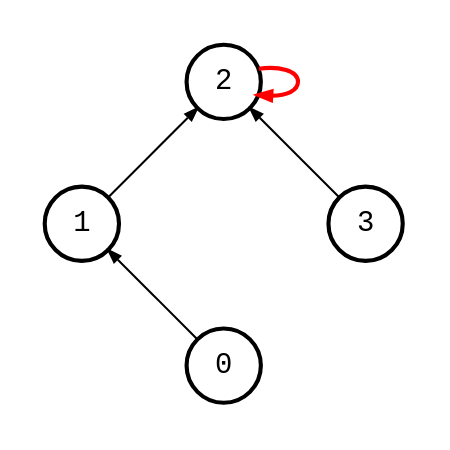
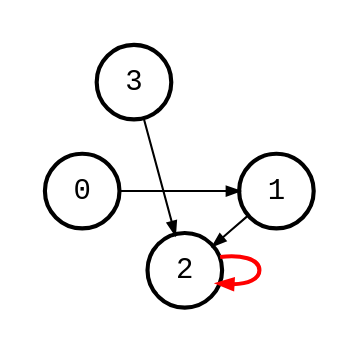
Before and after one commit to bsdrks/graaf-images: the diagram in src/adjacency_matrix_self_loop-0.87.4.dot, drawn with Graphviz. The commit also changed 69 other files, not shown here.

```diff
--- a/src/adjacency_matrix_self_loop-0.87.4.dot
+++ b/src/adjacency_matrix_self_loop-0.87.4.dot
@@ -1,12 +1,16 @@
 digraph {
     node [shape=circle, fontname="monospace", style=bold, fixedsize=true, width="0.5"];
     edge [arrowsize=0.6, fontname="monospace", fontsize=9];
-    layout=circo;
+    layout=neato;
+    mode="sgd";
+    normalize=true;
+    scale=1.0;
+    maxiter=200000;
     pad=0.2;
 
     0 -> 1;
     1 -> 2;
     3 -> 2;
     3 -> 0 [style=invis];
     2 -> 2 [style=bold, color=red];
 }
```
